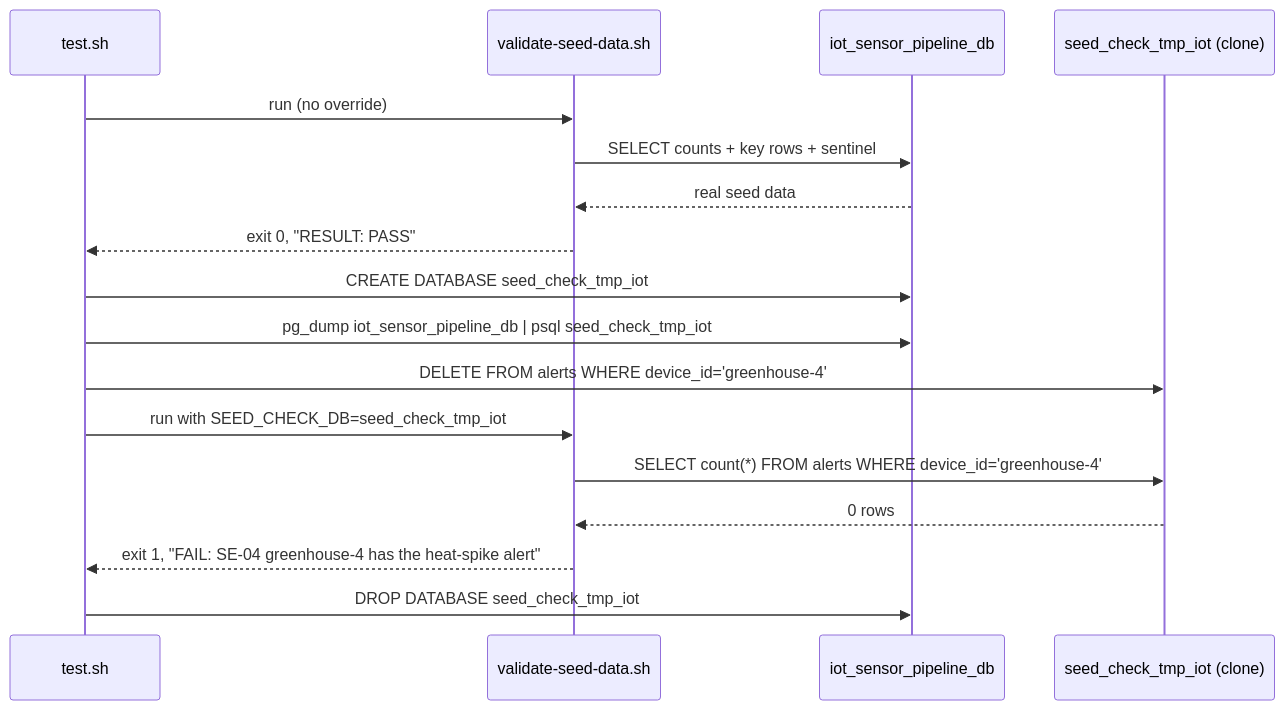
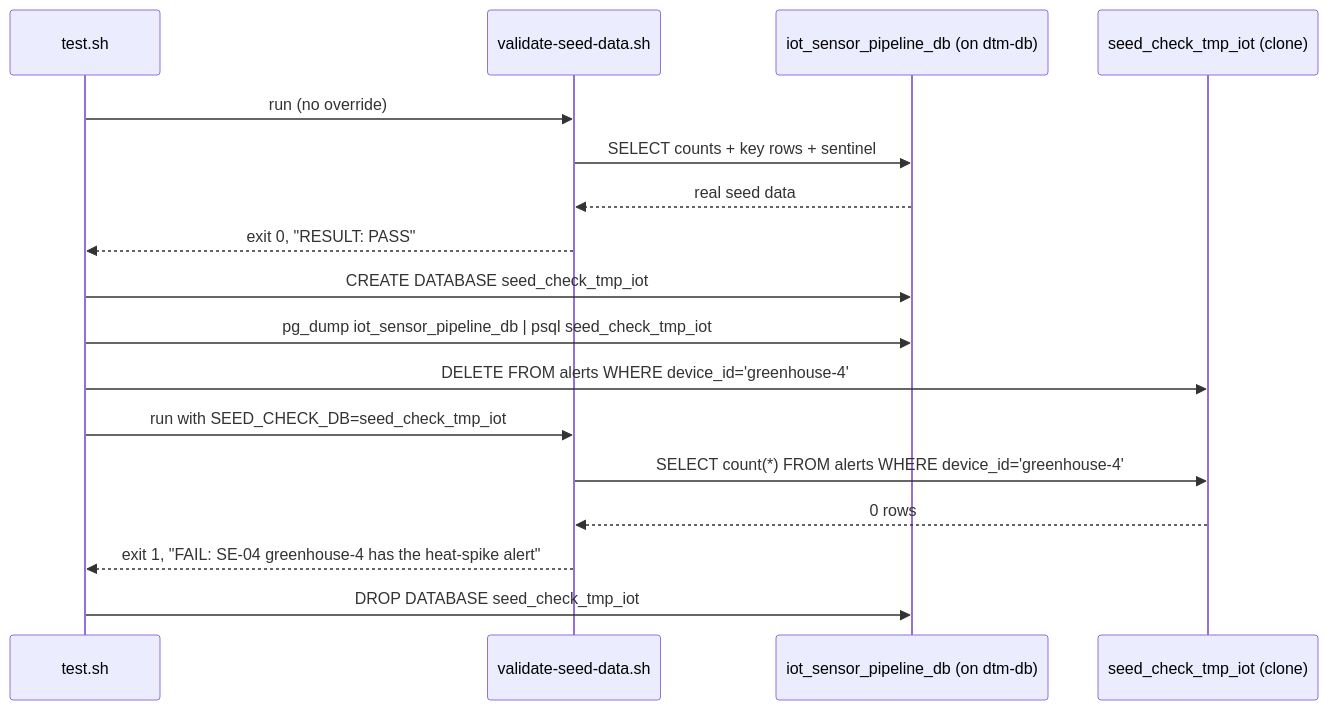
One commit to inctasoft/setpoint-evals-dtm-examples changed the diagram in workflows/iot-sensor-pipeline/setpoint-evals/SE-06-seed-data-integrity/README.md. Above: the diagram before and after it, drawn with Mermaid. The commit also changed other lines of this file and 15 other files, not shown here.

````diff
--- a/workflows/iot-sensor-pipeline/setpoint-evals/SE-06-seed-data-integrity/README.md
+++ b/workflows/iot-sensor-pipeline/setpoint-evals/SE-06-seed-data-integrity/README.md
@@ -17,21 +18,21 @@
 ```mermaid
 sequenceDiagram
     participant T as test.sh
     participant V as validate-seed-data.sh
-    participant DB as iot_sensor_pipeline_db
+    participant DB as iot_sensor_pipeline_db (on dtm-db)
     participant Clone as seed_check_tmp_iot (clone)
 
     T->>V: run (no override)
     V->>DB: SELECT counts + key rows + sentinel
     DB-->>V: real seed data
     V-->>T: exit 0, "RESULT: PASS"
 
     T->>DB: CREATE DATABASE seed_check_tmp_iot
     T->>DB: pg_dump iot_sensor_pipeline_db | psql seed_check_tmp_iot
     T->>Clone: DELETE FROM alerts WHERE device_id='greenhouse-4'
     T->>V: run with SEED_CHECK_DB=seed_check_tmp_iot
     V->>Clone: SELECT count(*) FROM alerts WHERE device_id='greenhouse-4'
     Clone-->>V: 0 rows
     V-->>T: exit 1, "FAIL: SE-04 greenhouse-4 has the heat-spike alert"
     T->>DB: DROP DATABASE seed_check_tmp_iot
 ```
````
